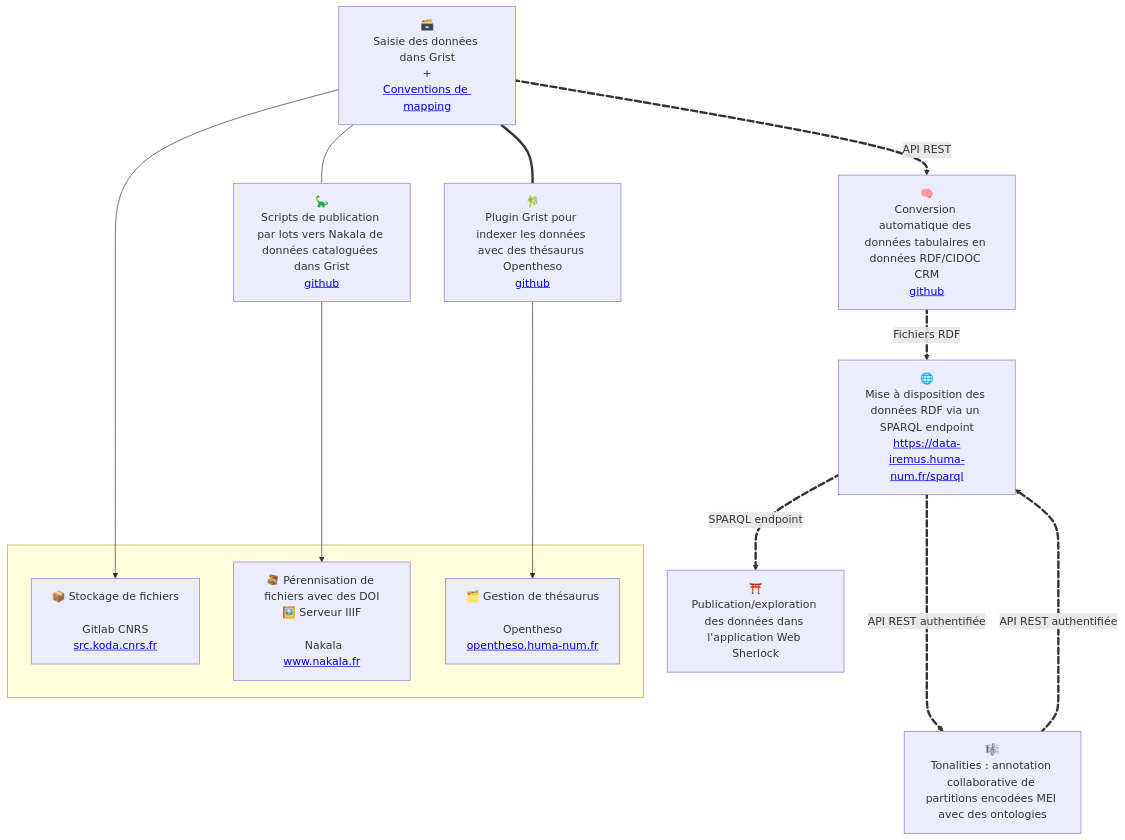
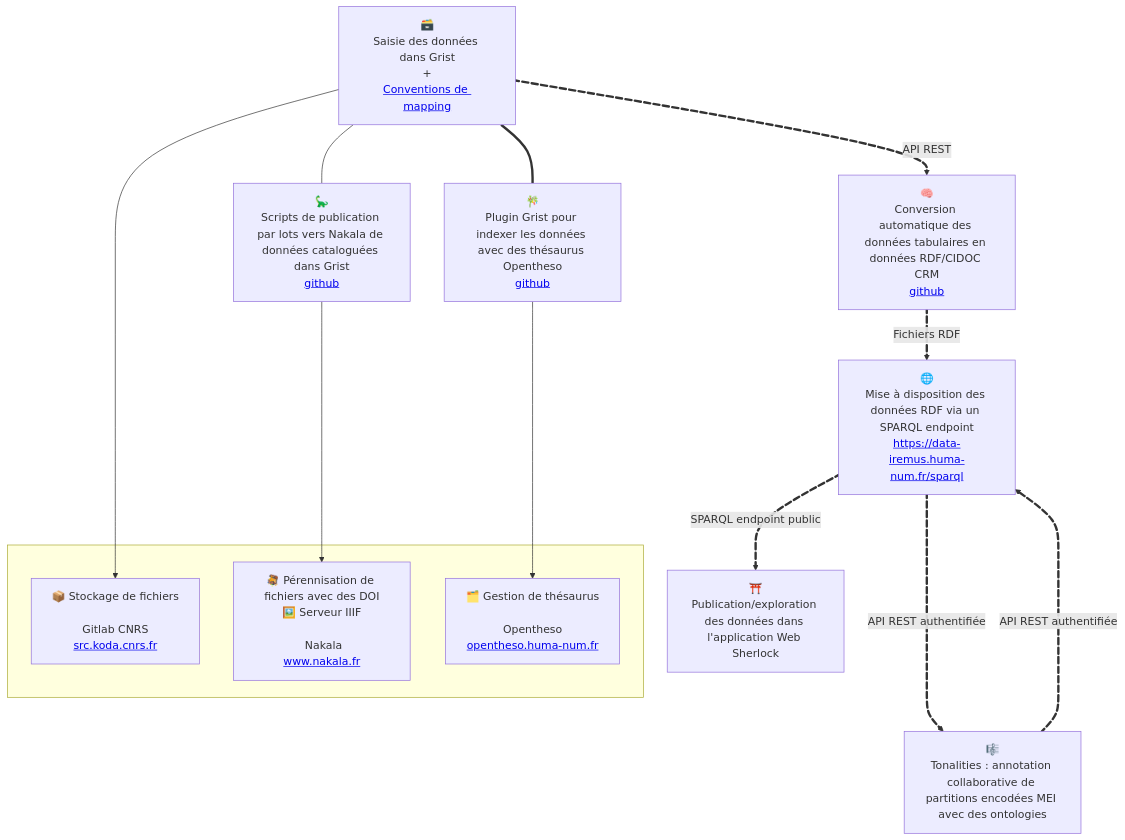
One commit to sherlock-iremus/sherlock changed the diagram in README.md. Above: the diagram before and after it, drawn with Mermaid.

````diff
--- a/README.md
+++ b/README.md
@@ -48,34 +48,34 @@
 ```mermaid
     flowchart TB
     
     subgraph  
     koda[📦 Stockage de fichiers<br><br>Gitlab CNRS<br><a href="https://src.koda.cnrs.fr/">src.koda.cnrs.fr</a>]
     nakala[🪎 Pérennisation de fichiers avec des DOI<br>🖼️ Serveur IIIF<br><br> Nakala<br><a href="https://www.nakala.fr/">www.nakala.fr</a>]
     hnot[🗂️ Gestion de thésaurus<br><br>Opentheso<br><a href="https://opentheso.huma-num.fr/">opentheso.huma-num.fr</a>]
     end
     
     grist[🗃️<br>Saisie des données dans Grist<br>+<br><a href="https://github.com/sherlock-iremus/sherlock-grist-to-crm/blob/main/doc/mapping.md">Conventions de mapping</a>]
     sdnakala[🦕<br>Scripts de publication par lots vers Nakala de données cataloguées dans Grist<br><a href="https://github.com/sherlock-iremus/sherlock-deno">github</a>]
     gop[🎋<br>Plugin Grist pour indexer les données avec des thésaurus Opentheso<br><a href="https://github.com/sherlock-iremus/sherlock-grist-opentheso-plugin">github</a>]
     scripts[🧠<br>Conversion automatique des données tabulaires en données RDF/CIDOC CRM<br><a href="https://github.com/sherlock-iremus/sherlock-grist-to-crm">github</a>]
     sparql[🌐<br>Mise à disposition des données RDF via un SPARQL endpoint<br><a href="https://data-iremus.huma-num.fr/sparql">https://data-iremus.huma-num.fr/sparql</a>]
     sherlock[⛩️<br>Publication/exploration des données dans l'application Web Sherlock]
     tonalities[🎼<br>Tonalities : annotation collaborative de partitions encodées MEI avec des ontologies]
 
     grist e1@==>|API REST| scripts
     scripts e2@==>|Fichiers RDF| sparql
-    sparql e3@==>|SPARQL endpoint| sherlock
+    sparql e3@==>|SPARQL endpoint public| sherlock
     sparql e4@===>|API REST authentifiée| tonalities 
     tonalities e5@===>|API REST authentifiée| sparql
 
 
     e1@{ animate: true }
     e2@{ animate: true }
     e3@{ animate: true }
     e4@{ animate: true }
     e5@{ animate: true }
     
     grist ---> koda
     grist === gop ---> hnot
     grist --- sdnakala ---> nakala
 ```
````
